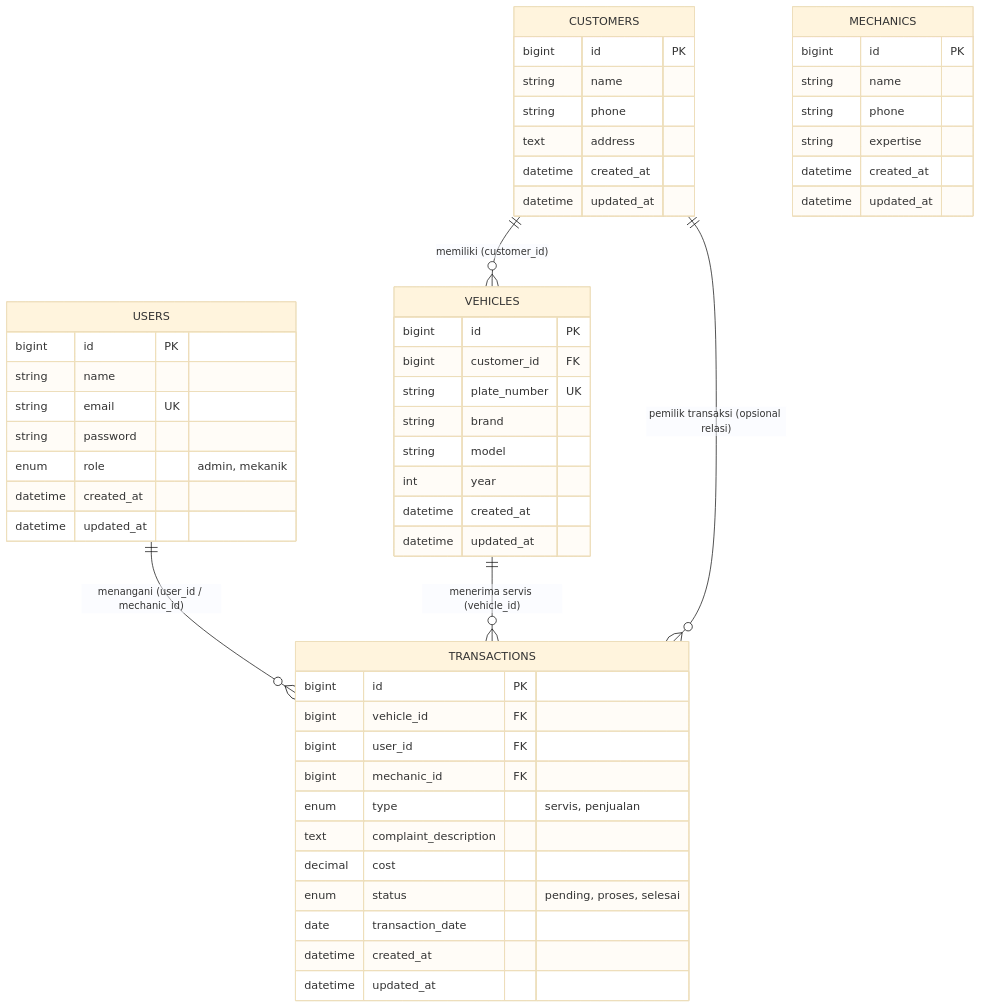
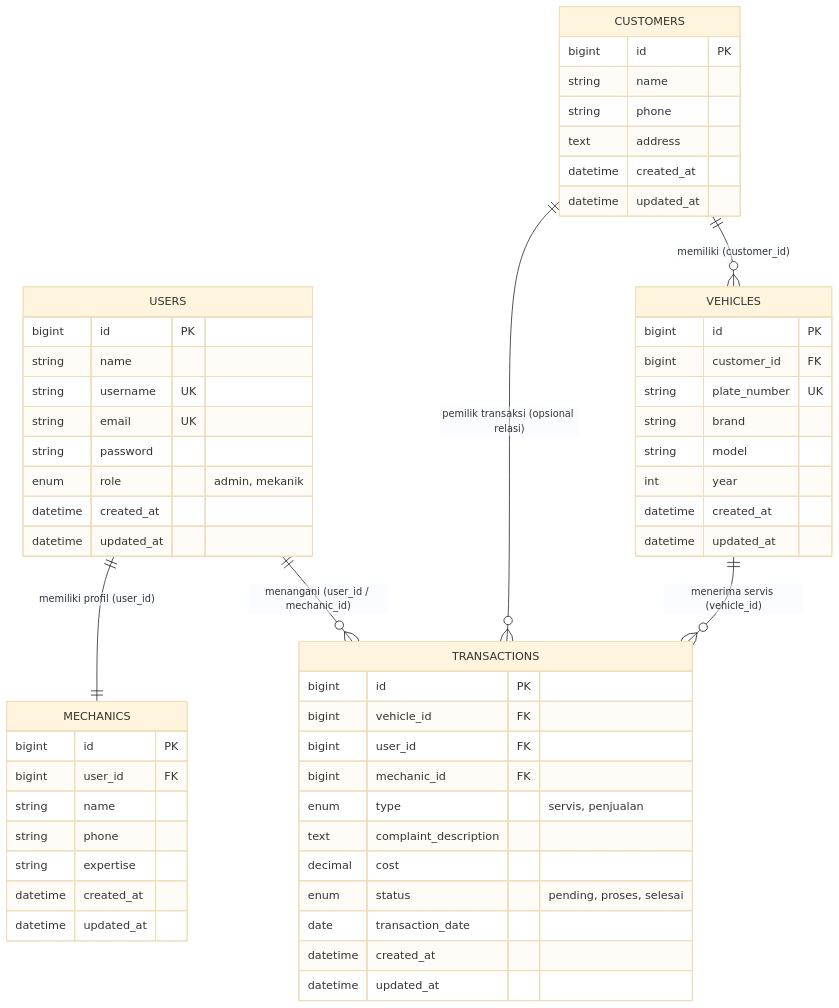
Before and after one commit to radityobw/SIBENGKEL: the first of 2 diagrams in docs/PRD_Sistem_Informasi_Bengkel.md, drawn with Mermaid (base theme). The commit also changed other lines of this file and 62 other files, not shown here.

````diff
--- a/docs/PRD_Sistem_Informasi_Bengkel.md
+++ b/docs/PRD_Sistem_Informasi_Bengkel.md
@@ -121,60 +123,63 @@
 ```mermaid
 erDiagram
     USERS ||--o{ TRANSACTIONS : "menangani (user_id / mechanic_id)"
+    USERS ||--|| MECHANICS : "memiliki profil (user_id)"
     CUSTOMERS ||--o{ VEHICLES : "memiliki (customer_id)"
     VEHICLES ||--o{ TRANSACTIONS : "menerima servis (vehicle_id)"
     CUSTOMERS ||--o{ TRANSACTIONS : "pemilik transaksi (opsional relasi)"
 
     USERS {
         bigint id PK
         string name
+        string username UK
         string email UK
         string password
         enum role "admin, mekanik"
         datetime created_at
         datetime updated_at
     }
 
     CUSTOMERS {
         bigint id PK
         string name
         string phone
         text address
         datetime created_at
         datetime updated_at
     }
 
     VEHICLES {
         bigint id PK
         bigint customer_id FK
         string plate_number UK
         string brand
         string model
         int year
         datetime created_at
         datetime updated_at
     }
 
     MECHANICS {
         bigint id PK
+        bigint user_id FK
         string name
         string phone
         string expertise
         datetime created_at
         datetime updated_at
     }
 
     TRANSACTIONS {
         bigint id PK
         bigint vehicle_id FK
         bigint user_id FK
         bigint mechanic_id FK
         enum type "servis, penjualan"
         text complaint_description
         decimal cost
         enum status "pending, proses, selesai"
         date transaction_date
         datetime created_at
         datetime updated_at
     }
 ```
````
